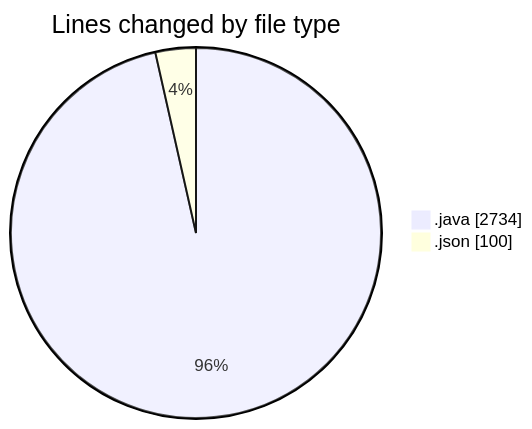
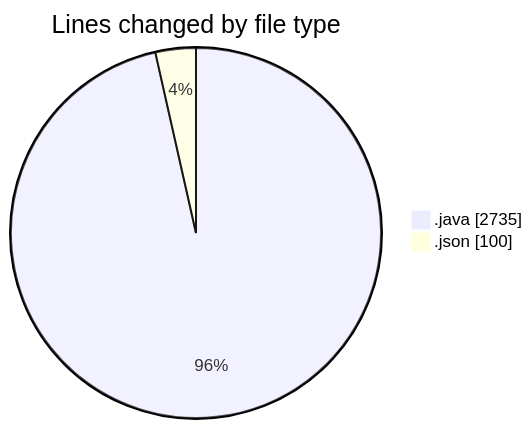
One commit to ricardozamudiocil/code-tracking changed the first of 2 diagrams in 2026-05-12/cilapp/README.md. Above: the diagram before and after it, drawn with Mermaid. The commit also changed other lines of this file and 1 other file, not shown here.

````diff
--- a/2026-05-12/cilapp/README.md
+++ b/2026-05-12/cilapp/README.md
@@ -28,6 +28,6 @@
 ```mermaid
 pie showData
 title Lines changed by file type
-".java" : 2734
+".java" : 2735
 ".json" : 100
 ```
````
